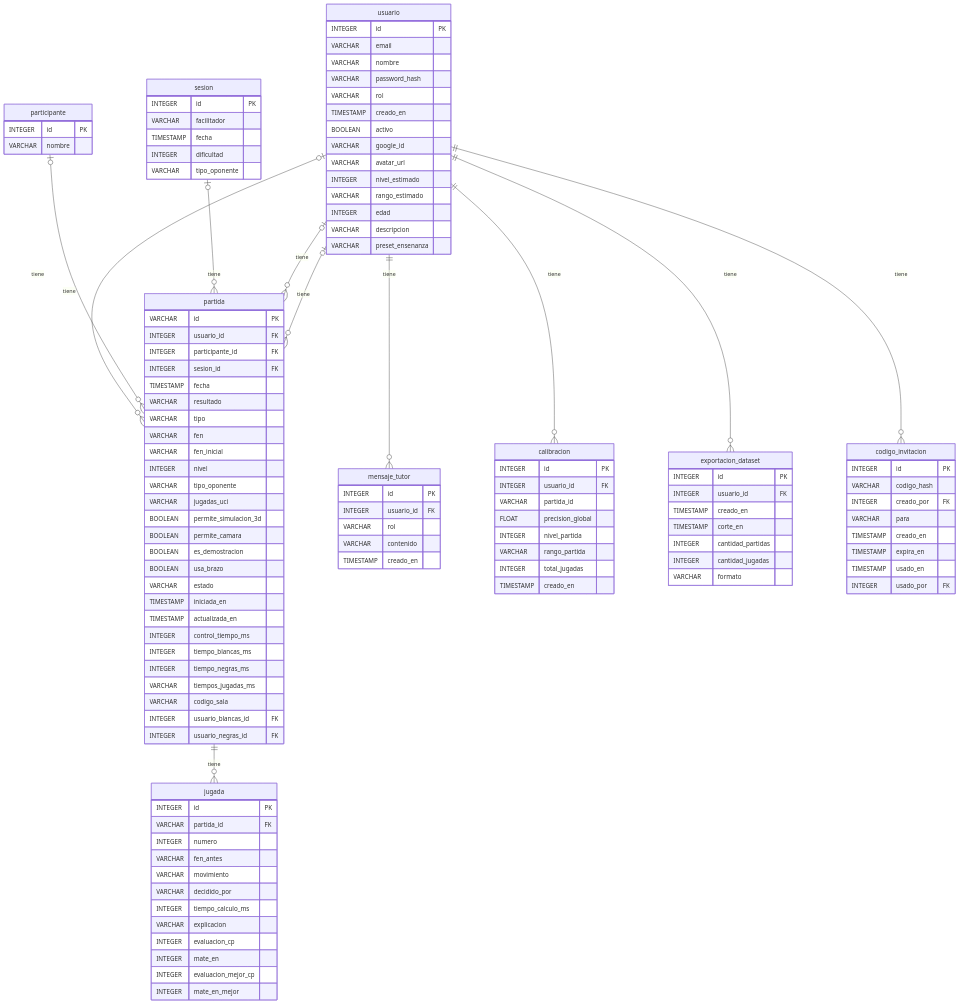
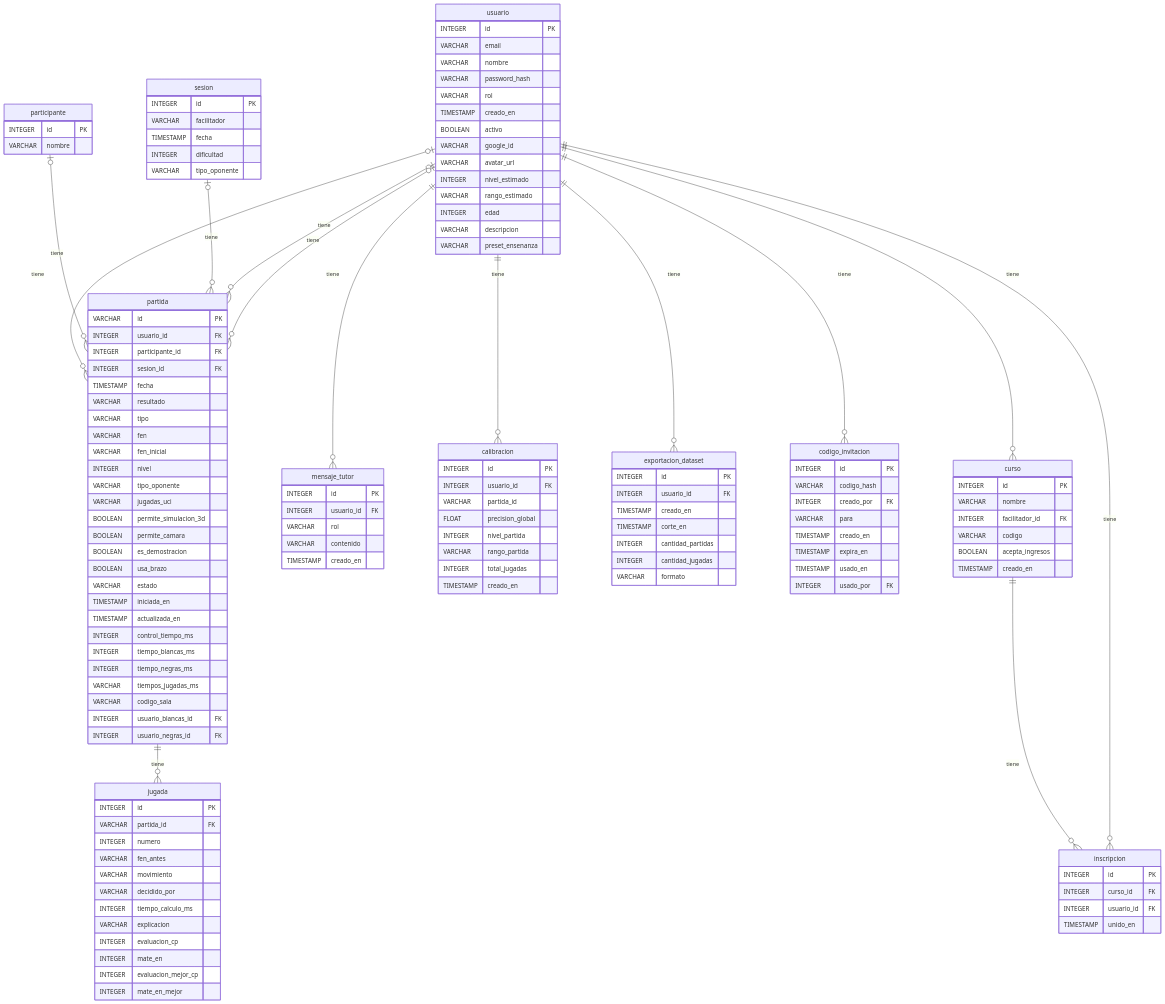
Before and after one commit to larzekao9/Brazo-Rob-tico-con-Inteligencia-Artificial-para-el-Aprendizaje-del-Ajedrez: the first of 2 diagrams in docs/base_de_datos/DICCIONARIO_DE_DATOS.md, drawn with Mermaid. The commit also changed other lines of this file and 21 other files, not shown here.

First line of the commit message:
feat(cursos): el facilitador agrupa jugadores en cursos con codigo

```diff
--- a/docs/base_de_datos/DICCIONARIO_DE_DATOS.md
+++ b/docs/base_de_datos/DICCIONARIO_DE_DATOS.md
@@ -201,6 +232,9 @@
     usuario ||--o{ calibracion : tiene
     usuario ||--o{ exportacion_dataset : tiene
     usuario ||--o{ codigo_invitacion : tiene
+    usuario ||--o{ curso : tiene
+    curso ||--o{ inscripcion : tiene
+    usuario ||--o{ inscripcion : tiene
     participante |o--o{ partida : tiene
     sesion |o--o{ partida : tiene
     usuario |o--o{ partida : tiene
@@ -252,6 +286,14 @@
         TIMESTAMP usado_en
         INTEGER usado_por FK
     }
+    curso {
+        INTEGER id PK
+        VARCHAR nombre
+        INTEGER facilitador_id FK
+        VARCHAR codigo
+        BOOLEAN acepta_ingresos
+        TIMESTAMP creado_en
+    }
     exportacion_dataset {
         INTEGER id PK
         INTEGER usuario_id FK
@@ -296,6 +338,12 @@
         INTEGER usuario_blancas_id FK
         INTEGER usuario_negras_id FK
     }
+    inscripcion {
+        INTEGER id PK
+        INTEGER curso_id FK
+        INTEGER usuario_id FK
+        TIMESTAMP unido_en
+    }
     jugada {
         INTEGER id PK
         VARCHAR partida_id FK
```
